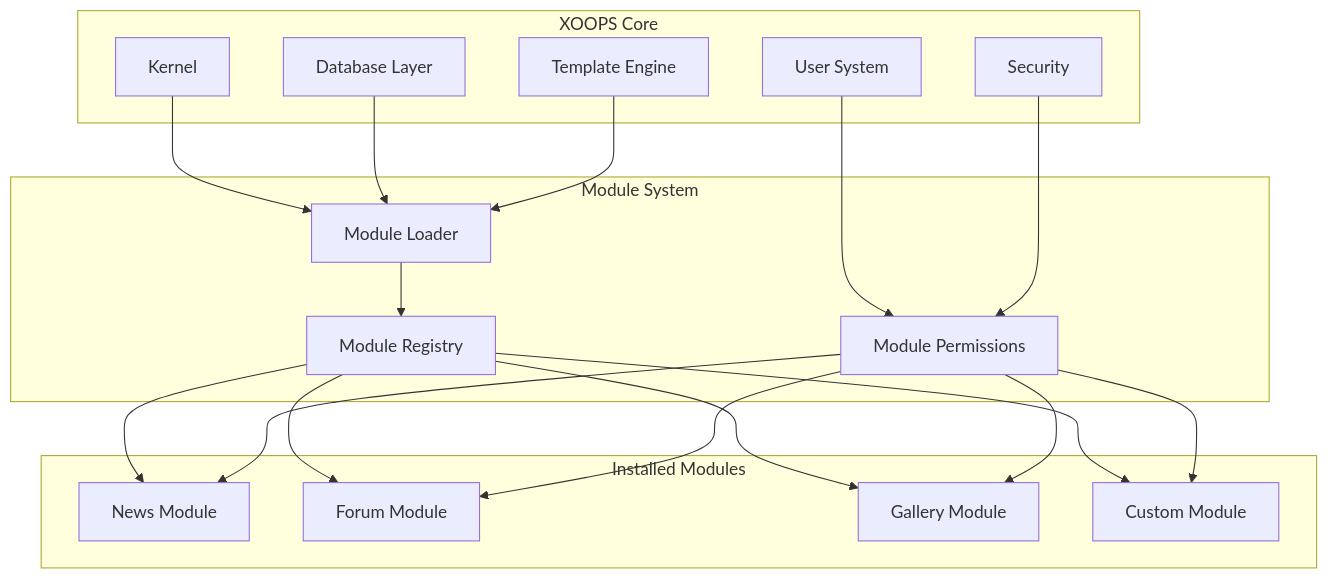
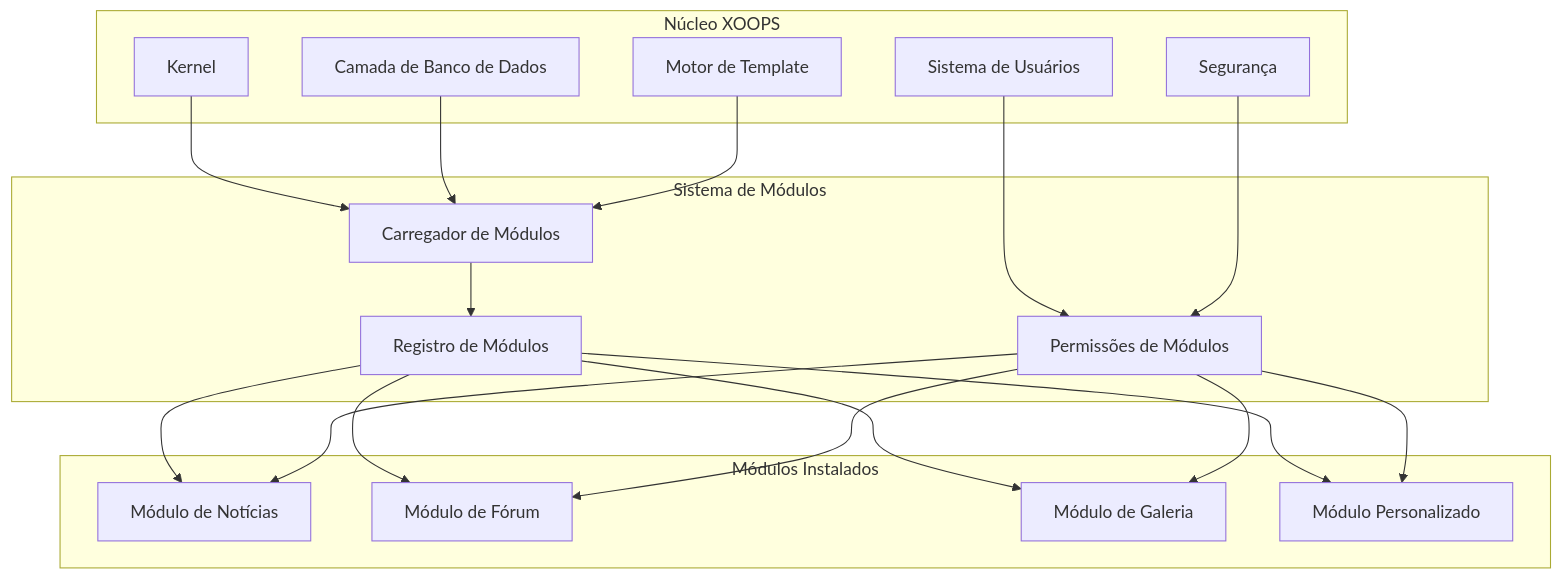
The first of 2 diagrams in apps/docs-27/src/content/docs/pt/contributing/adrs/adr-001.md (mambax7/xoops-docs), drawn with Mermaid before and after one commit. The commit also changed other lines of this file and 162 other files, not shown here.

````diff
--- a/apps/docs-27/src/content/docs/pt/contributing/adrs/adr-001.md
+++ b/apps/docs-27/src/content/docs/pt/contributing/adrs/adr-001.md
@@ -34,40 +34,40 @@
 ```mermaid
 graph TB
-    subgraph "XOOPS Core"
+    subgraph "Núcleo XOOPS"
         A[Kernel]
-        B[Database Layer]
-        C[User System]
-        D[Template Engine]
-        E[Security]
+        B[Camada de Banco de Dados]
+        C[Sistema de Usuários]
+        D[Motor de Template]
+        E[Segurança]
     end
 
-    subgraph "Module System"
-        F[Module Loader]
-        G[Module Registry]
-        H[Module Permissions]
+    subgraph "Sistema de Módulos"
+        F[Carregador de Módulos]
+        G[Registro de Módulos]
+        H[Permissões de Módulos]
     end
 
-    subgraph "Installed Modules"
-        I[News Module]
-        J[Forum Module]
-        K[Gallery Module]
-        L[Custom Module]
+    subgraph "Módulos Instalados"
+        I[Módulo de Notícias]
+        J[Módulo de Fórum]
+        K[Módulo de Galeria]
+        L[Módulo Personalizado]
     end
 
     A --> F
     B --> F
     C --> H
     D --> F
     E --> H
 
     F --> G
     G --> I
     G --> J
     G --> K
     G --> L
 
     H --> I
     H --> J
     H --> K
     H --> L
 ```
````
